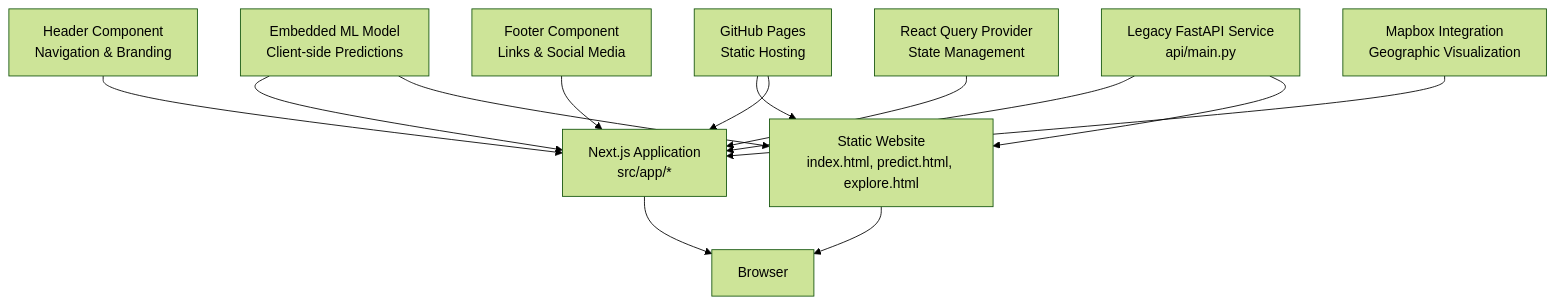
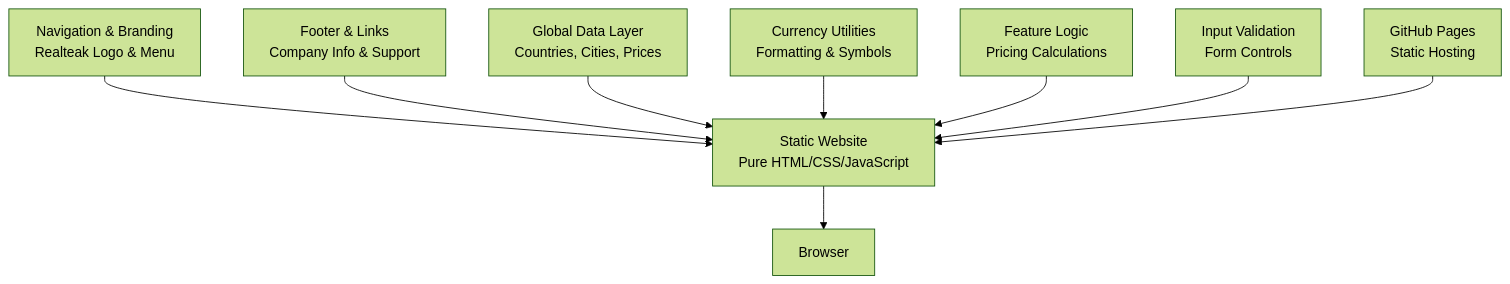
Before and after one commit to tashkirrr/housing-price-prediction: the second of 2 diagrams in .qoder/repowiki/en/content/Web Application/Web Application.md, drawn with Mermaid (forest theme). The commit also changed other lines of this file and 5 other files, not shown here.

````diff
--- a/.qoder/repowiki/en/content/Web Application/Web Application.md
+++ b/.qoder/repowiki/en/content/Web Application/Web Application.md
@@ -147,25 +126,20 @@
 ```mermaid
 graph TB
 Browser["Browser"]
-StaticSite["Static Website<br/>index.html, predict.html, explore.html"]
-NextApp["Next.js Application<br/>src/app/*"]
-Header["Header Component<br/>Navigation & Branding"]
-Footer["Footer Component<br/>Links & Social Media"]
-Providers["React Query Provider<br/>State Management"]
-Mapbox["Mapbox Integration<br/>Geographic Visualization"]
-EmbeddedModel["Embedded ML Model<br/>Client-side Predictions"]
+StaticSite["Static Website<br/>Pure HTML/CSS/JavaScript"]
+Header["Navigation & Branding<br/>Realteak Logo & Menu"]
+Footer["Footer & Links<br/>Company Info & Support"]
+GlobalData["Global Data Layer<br/>Countries, Cities, Prices"]
+CurrencyUtils["Currency Utilities<br/>Formatting & Symbols"]
+FeatureLogic["Feature Logic<br/>Pricing Calculations"]
+Validation["Input Validation<br/>Form Controls"]
 GitHubPages["GitHub Pages<br/>Static Hosting"]
-LegacyAPI["Legacy FastAPI Service<br/>api/main.py"]
 StaticSite --> Browser
-NextApp --> Browser
-Header --> NextApp
-Footer --> NextApp
-Providers --> NextApp
-Mapbox --> NextApp
-EmbeddedModel --> NextApp
-EmbeddedModel --> StaticSite
+Header --> StaticSite
+Footer --> StaticSite
+GlobalData --> StaticSite
+CurrencyUtils --> StaticSite
+FeatureLogic --> StaticSite
+Validation --> StaticSite
 GitHubPages --> StaticSite
-GitHubPages --> NextApp
-LegacyAPI --> NextApp
-LegacyAPI --> StaticSite
 ```
````
